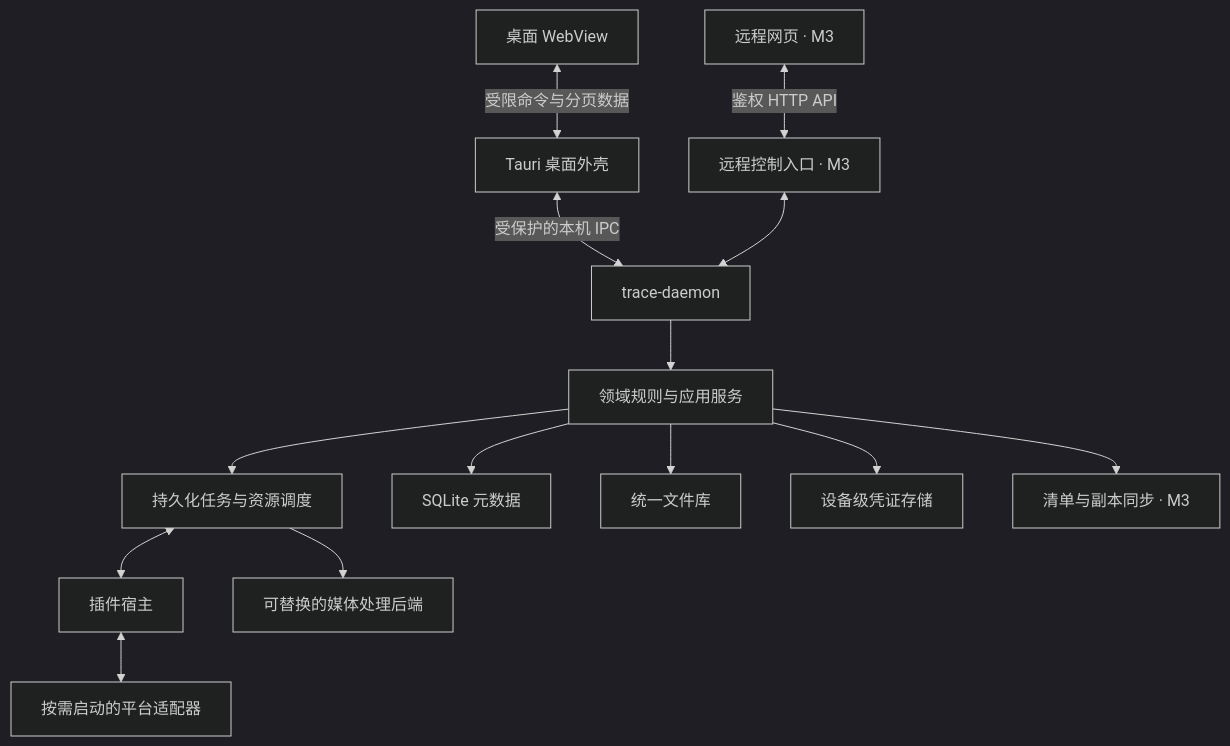
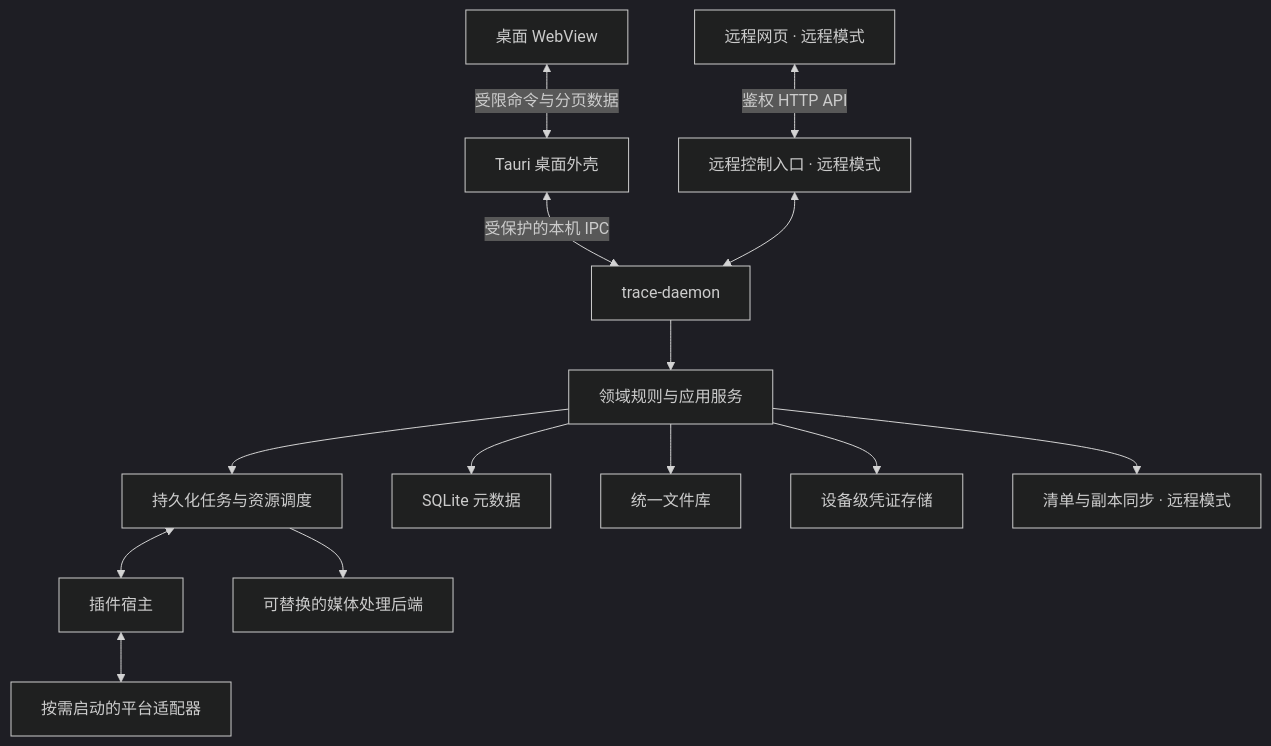
The first of 5 diagrams in docs/design.md (chialecode/trace), drawn with Mermaid (dark theme) before and after one commit. The commit also changed other lines of this file and 807 other files, not shown here.

````diff
--- a/docs/design.md
+++ b/docs/design.md
@@ -45,16 +45,16 @@
 ```mermaid
 flowchart TB
     UI["桌面 WebView"] <-->|受限命令与分页数据| Shell["Tauri 桌面外壳"]
     Shell <-->|受保护的本机 IPC| Daemon["trace-daemon"]
-    Web["远程网页 · M3"] <-->|鉴权 HTTP API| Gateway["远程控制入口 · M3"]
+    Web["远程网页 · 远程模式"] <-->|鉴权 HTTP API| Gateway["远程控制入口 · 远程模式"]
     Gateway <--> Daemon
     Daemon --> App["领域规则与应用服务"]
     App --> Scheduler["持久化任务与资源调度"]
     App --> Catalog["SQLite 元数据"]
     App --> Store["统一文件库"]
     Scheduler <--> Host["插件宿主"]
     Host <--> Platforms["按需启动的平台适配器"]
     Scheduler --> Media["可替换的媒体处理后端"]
     App --> Vault["设备级凭证存储"]
-    App --> Sync["清单与副本同步 · M3"]
+    App --> Sync["清单与副本同步 · 远程模式"]
 ```
````
